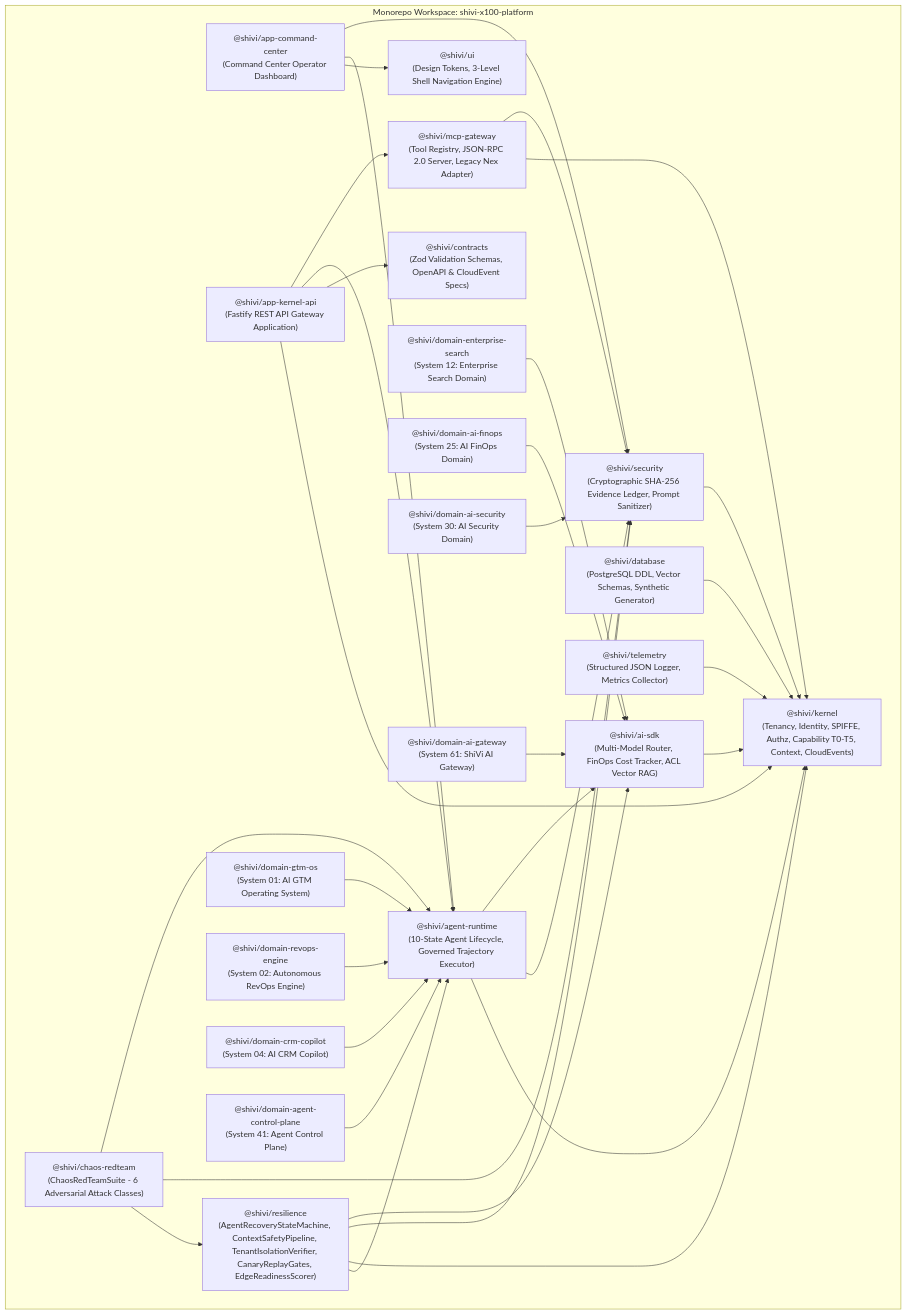
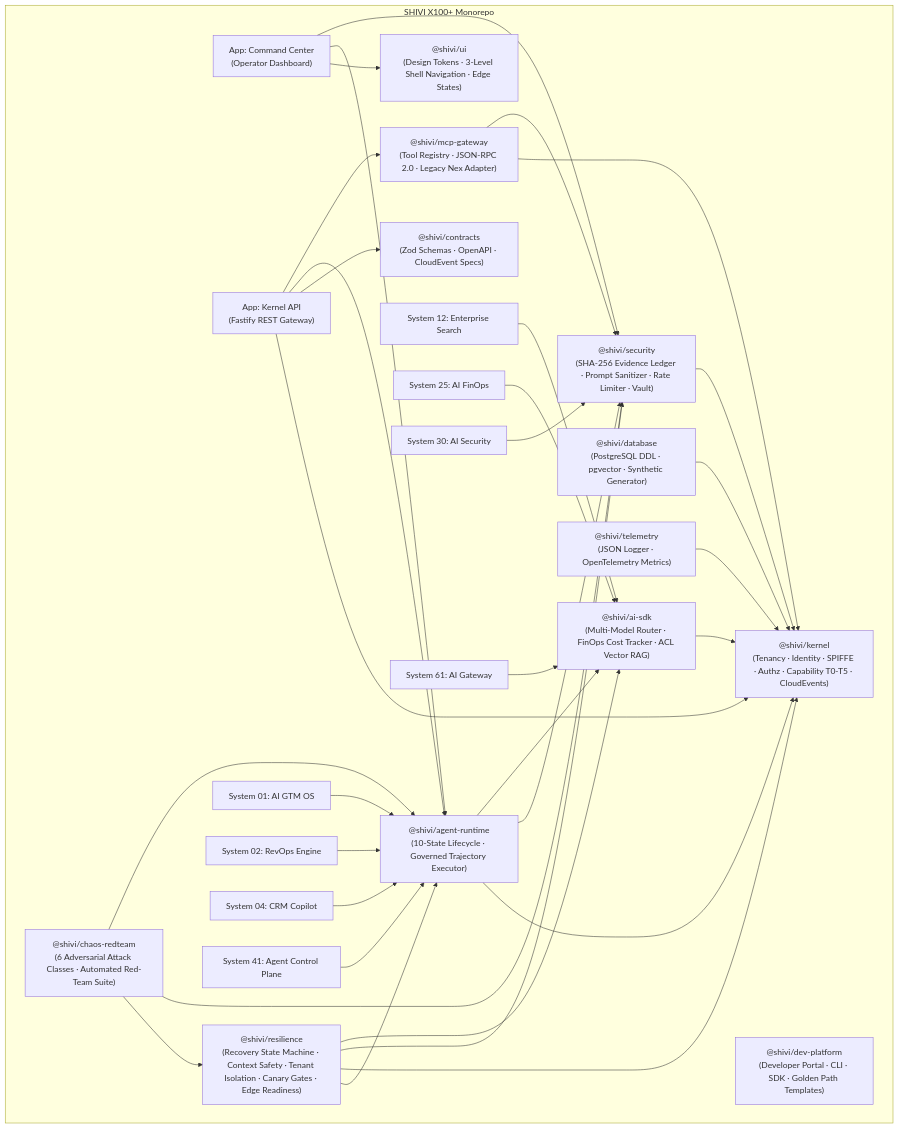
One commit to Hellthefox808/ShiVi-AI changed the diagram in README.md. Above: the diagram before and after it, drawn with Mermaid. The commit also changed other lines of this file and 37 other files, not shown here.

Commit message:
feat: ShiVi X100+ complete platform delivery — comprehensive README, contracts layer, frontend workspace, Docker infrastructure, CI/CD, SSE streaming, security hardening (rate limiter, vault), edge states engine, research docs

````diff
--- a/README.md
+++ b/README.md
@@ -33,60 +72,61 @@
 ```mermaid
 graph TD
-    subgraph Monorepo Workspace: shivi-x100-platform
-        K["@shivi/kernel<br/>(Tenancy, Identity, SPIFFE, Authz, Capability T0-T5, Context, CloudEvents)"]
-        C["@shivi/contracts<br/>(Zod Validation Schemas, OpenAPI & CloudEvent Specs)"]
-        DB["@shivi/database<br/>(PostgreSQL DDL, Vector Schemas, Synthetic Generator)"]
-        T["@shivi/telemetry<br/>(Structured JSON Logger, Metrics Collector)"]
-        S["@shivi/security<br/>(Cryptographic SHA-256 Evidence Ledger, Prompt Sanitizer)"]
-        AI["@shivi/ai-sdk<br/>(Multi-Model Router, FinOps Cost Tracker, ACL Vector RAG)"]
-        AR["@shivi/agent-runtime<br/>(10-State Agent Lifecycle, Governed Trajectory Executor)"]
-        MCP["@shivi/mcp-gateway<br/>(Tool Registry, JSON-RPC 2.0 Server, Legacy Nex Adapter)"]
-        UI["@shivi/ui<br/>(Design Tokens, 3-Level Shell Navigation Engine)"]
-        RES["@shivi/resilience<br/>(AgentRecoveryStateMachine, ContextSafetyPipeline, TenantIsolationVerifier, CanaryReplayGates, EdgeReadinessScorer)"]
-        CHAOS["@shivi/chaos-redteam<br/>(ChaosRedTeamSuite - 6 Adversarial Attack Classes)"]
-        
-        DOM1["@shivi/domain-gtm-os<br/>(System 01: AI GTM Operating System)"]
-        DOM2["@shivi/domain-revops-engine<br/>(System 02: Autonomous RevOps Engine)"]
-        DOM4["@shivi/domain-crm-copilot<br/>(System 04: AI CRM Copilot)"]
-        DOM12["@shivi/domain-enterprise-search<br/>(System 12: Enterprise Search Domain)"]
-        DOM25["@shivi/domain-ai-finops<br/>(System 25: AI FinOps Domain)"]
-        DOM30["@shivi/domain-ai-security<br/>(System 30: AI Security Domain)"]
-        DOM41["@shivi/domain-agent-control-plane<br/>(System 41: Agent Control Plane)"]
-        DOM61["@shivi/domain-ai-gateway<br/>(System 61: ShiVi AI Gateway)"]
-        
-        API["@shivi/app-kernel-api<br/>(Fastify REST API Gateway Application)"]
-        CC["@shivi/app-command-center<br/>(Command Center Operator Dashboard)"]
+    subgraph "SHIVI X100+ Monorepo"
+        K["@shivi/kernel<br/>(Tenancy · Identity · SPIFFE · Authz · Capability T0-T5 · CloudEvents)"]
+        C["@shivi/contracts<br/>(Zod Schemas · OpenAPI · CloudEvent Specs)"]
+        DB["@shivi/database<br/>(PostgreSQL DDL · pgvector · Synthetic Generator)"]
+        T["@shivi/telemetry<br/>(JSON Logger · OpenTelemetry Metrics)"]
+        S["@shivi/security<br/>(SHA-256 Evidence Ledger · Prompt Sanitizer · Rate Limiter · Vault)"]
+        AI["@shivi/ai-sdk<br/>(Multi-Model Router · FinOps Cost Tracker · ACL Vector RAG)"]
+        AR["@shivi/agent-runtime<br/>(10-State Lifecycle · Governed Trajectory Executor)"]
+        MCP["@shivi/mcp-gateway<br/>(Tool Registry · JSON-RPC 2.0 · Legacy Nex Adapter)"]
+        UI["@shivi/ui<br/>(Design Tokens · 3-Level Shell Navigation · Edge States)"]
+        RES["@shivi/resilience<br/>(Recovery State Machine · Context Safety · Tenant Isolation · Canary Gates · Edge Readiness)"]
+        CHAOS["@shivi/chaos-redteam<br/>(6 Adversarial Attack Classes · Automated Red-Team Suite)"]
+        DEV["@shivi/dev-platform<br/>(Developer Portal · CLI · SDK · Golden Path Templates)"]
+
+        DOM1["System 01: AI GTM OS"]
+        DOM2["System 02: RevOps Engine"]
+        DOM4["System 04: CRM Copilot"]
+        DOM12["System 12: Enterprise Search"]
+        DOM25["System 25: AI FinOps"]
+        DOM30["System 30: AI Security"]
+        DOM41["System 41: Agent Control Plane"]
+        DOM61["System 61: AI Gateway"]
+
+        API["App: Kernel API<br/>(Fastify REST Gateway)"]
+        CC["App: Command Center<br/>(Operator Dashboard)"]
     end
 
     CC --> UI
     CC --> AR
     CC --> S
     API --> K
     API --> C
     API --> AR
     API --> MCP
     CHAOS --> RES
     CHAOS --> S
     CHAOS --> AR
     RES --> AR
     RES --> K
     RES --> S
     RES --> AI
     DOM1 --> AR
     DOM2 --> AR
     DOM4 --> AR
     DOM12 --> AI
     DOM25 --> AI
     DOM30 --> S
     DOM41 --> AR
     DOM61 --> AI
     AR --> K
     AR --> S
     AR --> AI
     MCP --> K
     MCP --> S
     AI --> K
     DB --> K
     S --> K
     T --> K
 ```
````
